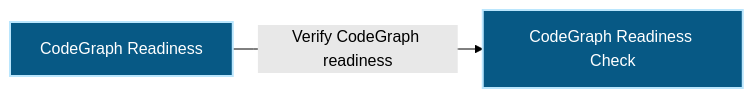
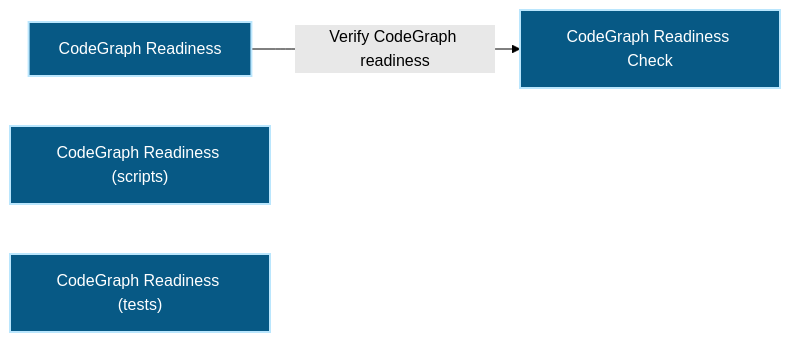
The first of 2 diagrams in docs/architecture/modules/verification/codegraph-readiness.md (Ancienttwo/repo-harness), drawn with Mermaid (forest theme) before and after one commit. The commit also changed other lines of this file and 32 other files, not shown here.

First line of the commit message:
chore(projection): refresh generated architecture outputs for main@4c37d26d25c7

````diff
--- a/docs/architecture/modules/verification/codegraph-readiness.md
+++ b/docs/architecture/modules/verification/codegraph-readiness.md
@@ -15,10 +15,12 @@
 ```mermaid
 flowchart LR
   p1_capability_verification_codegraph_readiness_2de91963["CodeGraph Readiness"]:::component
   p1_component_codegraph_readiness_primary_ea3c45ff["CodeGraph Readiness Check"]:::component
+  p1_component_codegraph_readiness_scripts_layer_411e29c3["CodeGraph Readiness (scripts)"]:::component
+  p1_component_codegraph_readiness_tests_layer_7504ac63["CodeGraph Readiness (tests)"]:::component
   p1_capability_verification_codegraph_readiness_2de91963 -->|"Verify CodeGraph readiness"| p1_component_codegraph_readiness_primary_ea3c45ff
   classDef actor fill:#111827,color:#ffffff,stroke:#f9fafb,stroke-width:2px
   classDef component fill:#075985,color:#ffffff,stroke:#bae6fd,stroke-width:2px
   classDef datastore fill:#3f6212,color:#ffffff,stroke:#d9f99d,stroke-width:2px
   classDef external fill:#7c2d12,color:#ffffff,stroke:#fed7aa,stroke-width:2px
 ```
````
